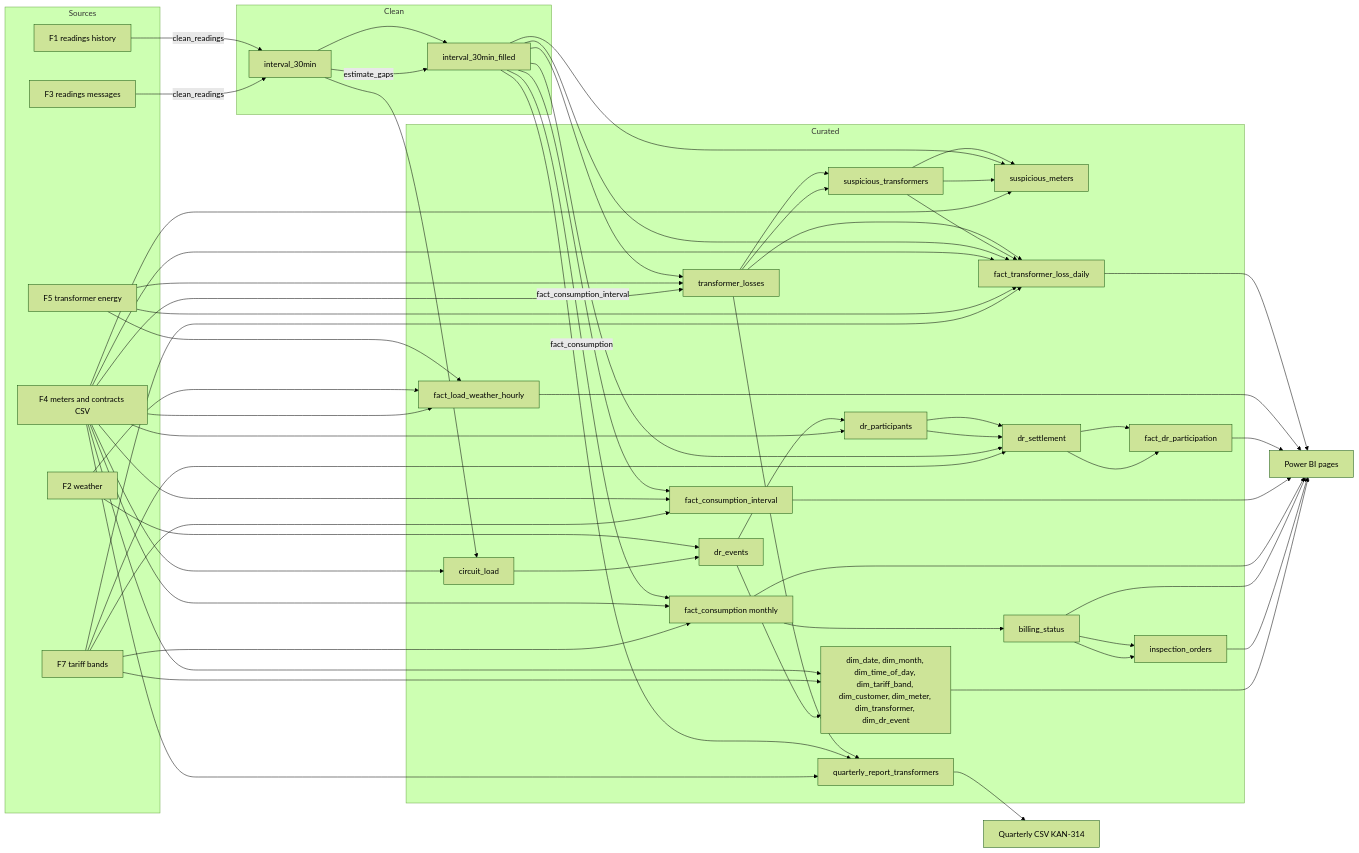
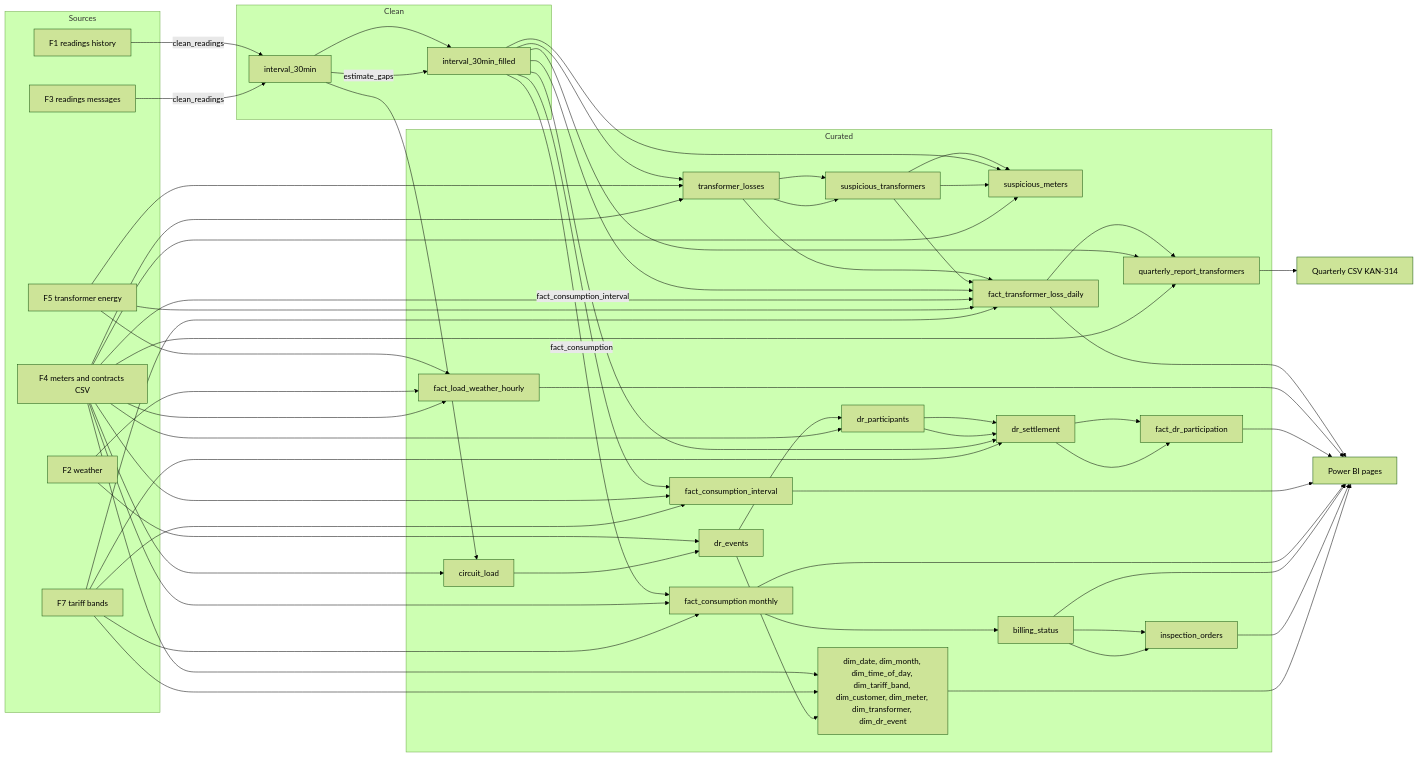
Before and after one commit to VoltiaGrid-Medicion-Inteligente/voltiagrid-docs: the diagram in docs/data/lineage.md, drawn with Mermaid (forest theme). The commit also changed other lines of this file, not shown here.

```diff
--- a/docs/data/lineage.md
+++ b/docs/data/lineage.md
@@ -84,7 +84,7 @@
   F4 --> DIM
   F7 --> DIM
   DRE --> DIM
-  TL --> QR
+  FTL --> QR
   IF --> QR
   F4 --> QR
   QR --> CSV
```
